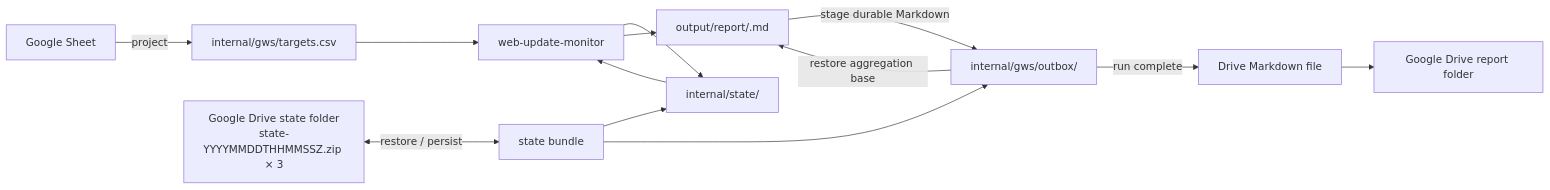
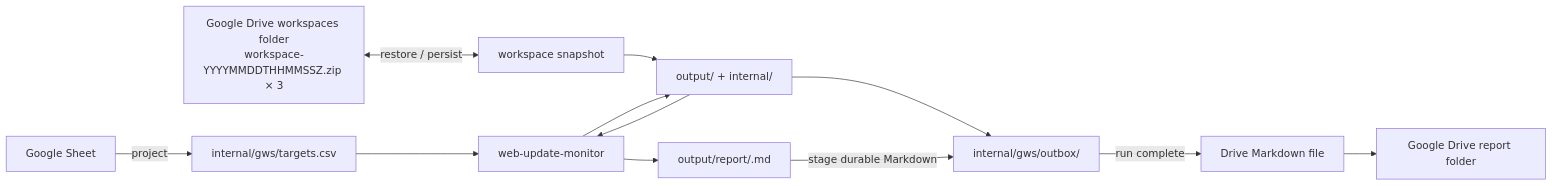
The diagram in skills/web-update-monitor-gws/SKILL.md (dceoy/wsum), drawn with Mermaid before and after one commit. The commit also changed other lines of this file and 1 other file, not shown here.

Commit message:
Refactor GWS persistence to full workspace snapshots (#58)

````diff
--- a/skills/web-update-monitor-gws/SKILL.md
+++ b/skills/web-update-monitor-gws/SKILL.md
@@ -16,15 +16,14 @@
 ```mermaid
 flowchart LR
     GS["Google Sheet"] -->|project| CSV["internal/gws/targets.csv"]
-    DS["Google Drive state folder<br/>state-YYYYMMDDTHHMMSSZ.zip × 3"] <-->|restore / persist| BUNDLE["state bundle"]
-    BUNDLE --> STATE["internal/state/"]
-    BUNDLE --> OUT["internal/gws/outbox/"]
+    DS["Google Drive workspaces folder<br/>workspace-YYYYMMDDTHHMMSSZ.zip × 3"] <-->|restore / persist| WS["workspace snapshot"]
+    WS --> WORKSPACE["output/ + internal/"]
     CSV --> CORE["web-update-monitor"]
-    STATE --> CORE
-    CORE --> STATE
+    WORKSPACE --> CORE
+    CORE --> WORKSPACE
     CORE --> REPORT["output/report/<run-id>.md"]
-    OUT -->|restore aggregation base| REPORT
+    WORKSPACE --> OUT["internal/gws/outbox/"]
     REPORT -->|stage durable Markdown| OUT
     OUT -->|run complete| GMD["Drive Markdown file"]
     GMD --> DR["Google Drive report folder"]
 ```
````
